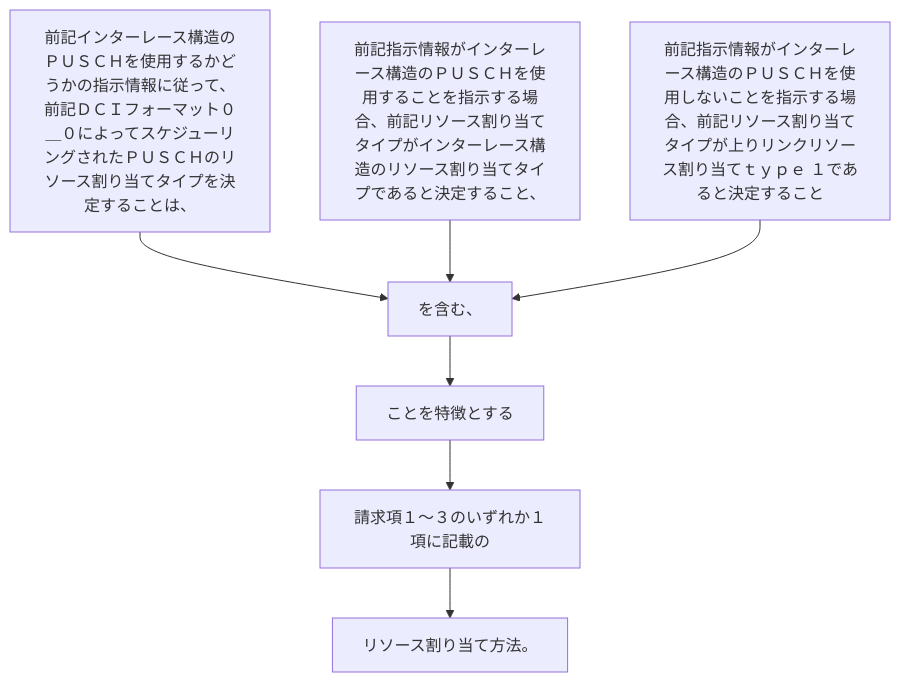
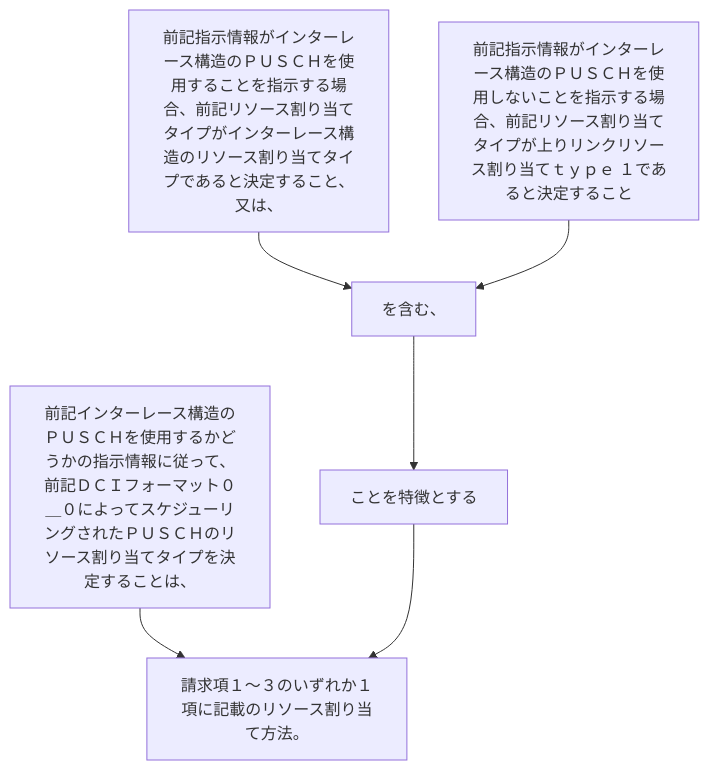
One commit to shinmori55/patent_analyzed changed the diagram in 2024/JP2024029186A/claim_4/README.md. Above: the diagram before and after it, drawn with Mermaid. The commit also changed 336 other files, not shown here.

````diff
--- a/2024/JP2024029186A/claim_4/README.md
+++ b/2024/JP2024029186A/claim_4/README.md
@@ -5,16 +5,14 @@
 ```mermaid
 flowchart TD
 A[前記インターレース構造のＰＵＳＣＨを使用するかどうかの指示情報に従って、前記ＤＣＩフォーマット０＿０によってスケジューリングされたＰＵＳＣＨのリソース割り当てタイプを決定することは、]
-B[前記指示情報がインターレース構造のＰＵＳＣＨを使用することを指示する場合、前記リソース割り当てタイプがインターレース構造のリソース割り当てタイプであると決定すること、]
+B[前記指示情報がインターレース構造のＰＵＳＣＨを使用することを指示する場合、前記リソース割り当てタイプがインターレース構造のリソース割り当てタイプであると決定すること、又は、]
 C[前記指示情報がインターレース構造のＰＵＳＣＨを使用しないことを指示する場合、前記リソース割り当てタイプが上りリンクリソース割り当てｔｙｐｅ １であると決定すること]
 D[を含む、]
 E[ことを特徴とする]
-F[請求項１～３のいずれか１項に記載の]
-G[リソース割り当て方法。]
-A --> D
+F[請求項１～３のいずれか１項に記載のリソース割り当て方法。]
+A --> F
 B --> D
 C --> D
 D --> E
 E --> F
-F --> G
 ```
````
